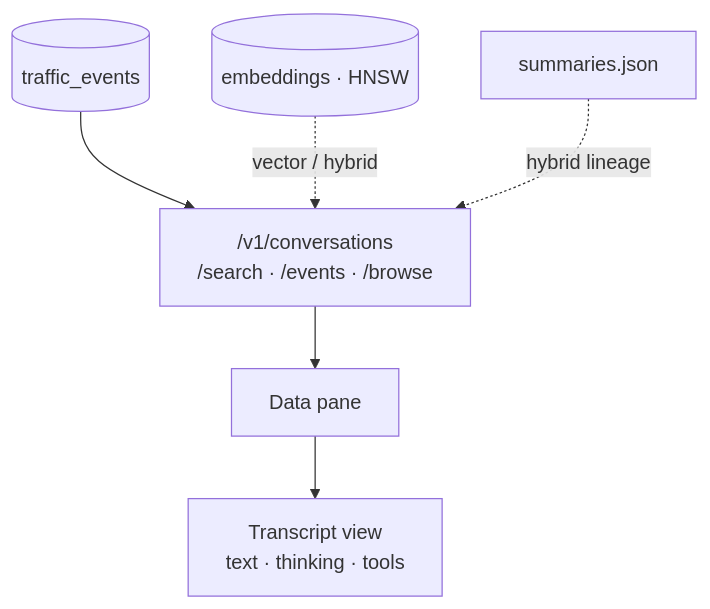
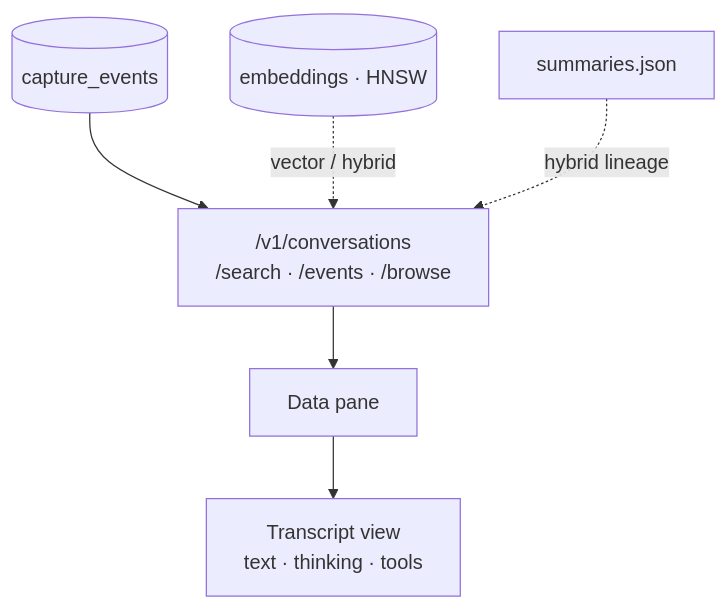
The sixth of 13 diagrams in docs/architecture.md (Rivethub/ExperimentOne), drawn with Mermaid before and after one commit. The commit also changed other lines of this file and 96 other files, not shown here.

Commit message:
refactor(core): Replace traffic terminology with CaptureEvent (#50)

````diff
--- a/docs/architecture.md
+++ b/docs/architecture.md
@@ -293,8 +293,8 @@
 ```mermaid
 flowchart TB
-  CH[(traffic_events)] --> API["/v1/conversations<br/>/search · /events · /browse"]
+  CH[(capture_events)] --> API["/v1/conversations<br/>/search · /events · /browse"]
   Emb[(embeddings · HNSW)] -.->|vector / hybrid| API
   MetaS[summaries.json] -.->|hybrid lineage| API
   API --> UI[Data pane]
   UI --> T[Transcript view<br/>text · thinking · tools]
 ```
````
